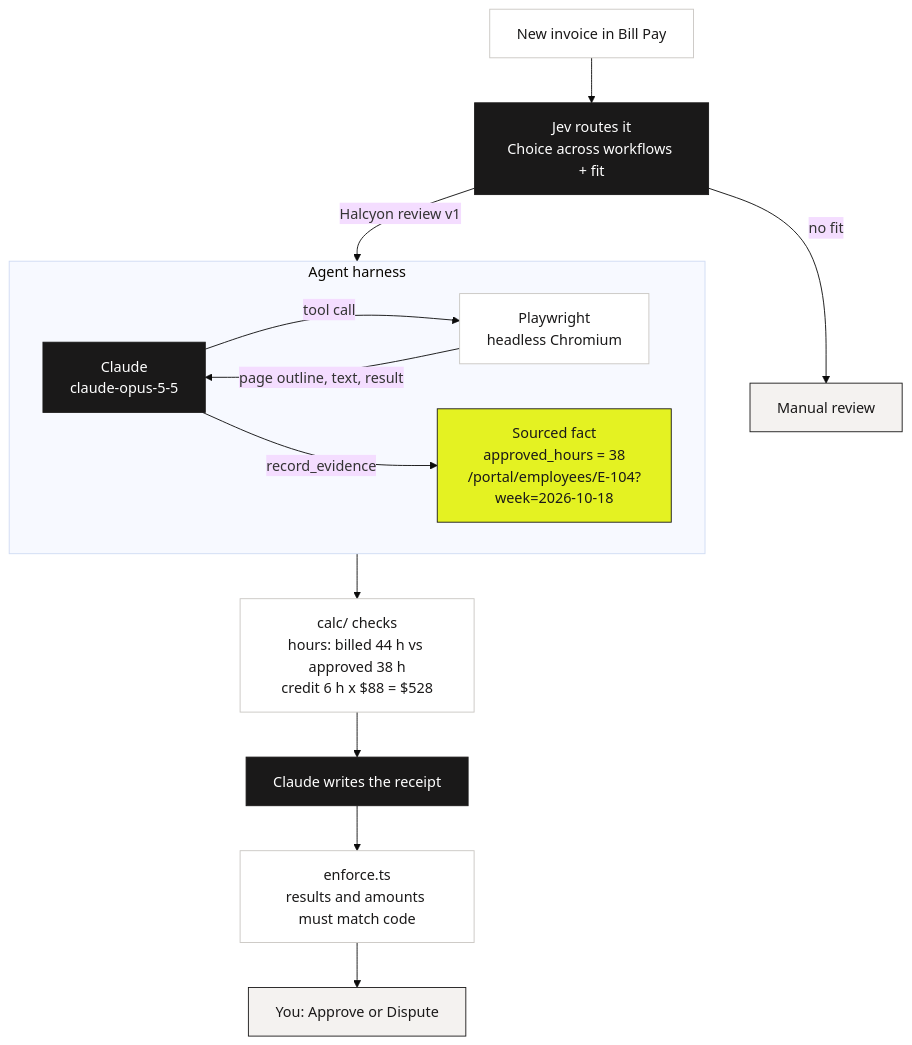
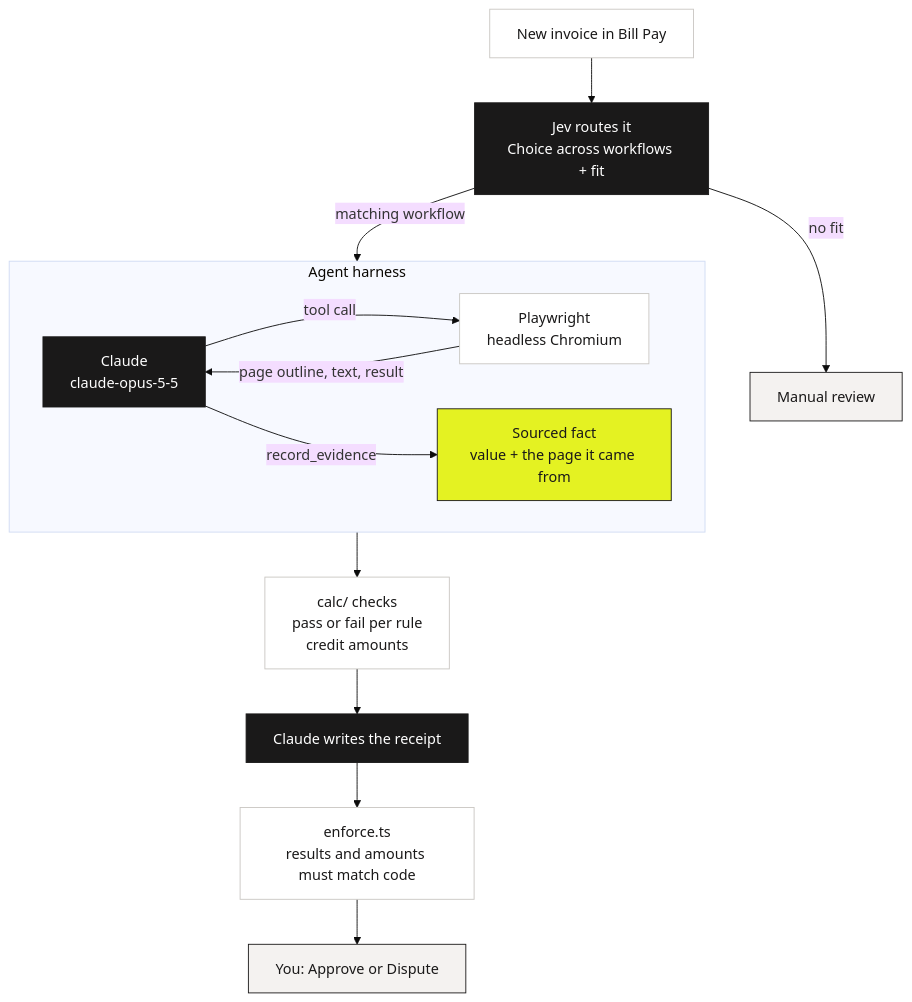
One commit to sahith-p/ramp-teach changed the fourth of 5 diagrams in README.md. Above: the diagram before and after it, drawn with Mermaid (base theme). The commit also changed other lines of this file, not shown here.

````diff
--- a/README.md
+++ b/README.md
@@ -182,23 +182,23 @@
 ```mermaid
 flowchart TB
   classDef claude fill:#1a1919,color:#fff,stroke:#1a1919
   classDef code fill:#ffffff,color:#1a1919,stroke:#c9c6c2
   classDef key fill:#E4F222,color:#1a1919,stroke:#1a1919
   classDef person fill:#f4f2f0,color:#1a1919,stroke:#1a1919
 
   INV["New invoice in Bill Pay"]:::code --> JEV["Jev routes it<br/>Choice across workflows + fit"]:::claude
-  JEV -->|"Halcyon review v1"| LOOP
+  JEV -->|"matching workflow"| LOOP
   JEV -->|"no fit"| MANUAL["Manual review"]:::person
 
   subgraph LOOP["Agent harness"]
     direction LR
     M["Claude<br/>claude-opus-5-5"]:::claude -->|"tool call"| T["Playwright<br/>headless Chromium"]:::code
     T -->|"page outline, text, result"| M
-    M -->|"record_evidence"| F["Sourced fact<br/>approved_hours = 38<br/>/portal/employees/E-104?week=2026-10-18"]:::key
+    M -->|"record_evidence"| F["Sourced fact<br/>value + the page it came from"]:::key
   end
 
-  F --> CHK["calc/ checks<br/>hours: billed 44 h vs approved 38 h<br/>credit 6 h x $88 = $528"]:::code
+  F --> CHK["calc/ checks<br/>pass or fail per rule<br/>credit amounts"]:::code
   CHK --> RCPT["Claude writes the receipt"]:::claude
   RCPT --> ENF["enforce.ts<br/>results and amounts must match code"]:::code
   ENF --> YOU["You: Approve or Dispute"]:::person
 ```
````
